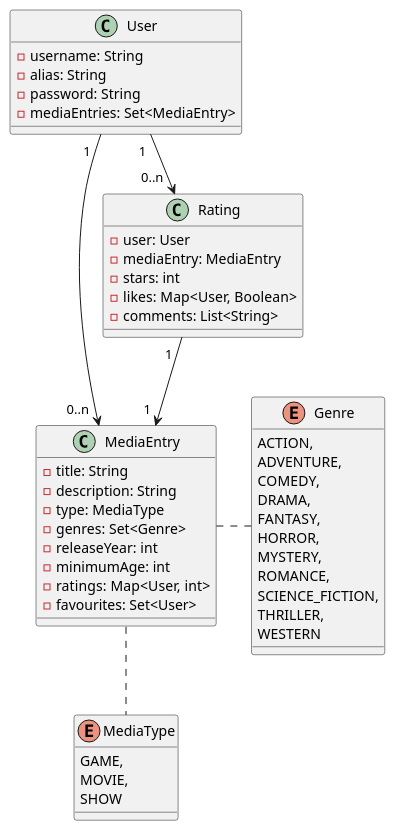
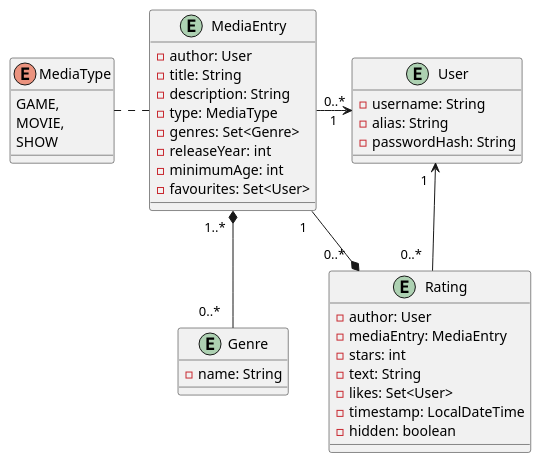
One commit to ferrolox/MRP-MediaRatingsPlatform changed the diagram in src/main/plantuml/Structure.puml. Above: the diagram before and after it, drawn with PlantUML.

Commit message:
Update of Structure Diagram according to specifications.

```diff
--- a/src/main/plantuml/Structure.puml
+++ b/src/main/plantuml/Structure.puml
@@ -1,55 +1,46 @@
 @startuml
 'https://plantuml.com/class-diagram
 
-class User {
-- username: String
-- alias: String
-- password: String
-- mediaEntries: Set<MediaEntry>
+entity User {
+  - username: String
+  - alias: String
+  - passwordHash: String
 }
 
-class Rating {
-- user: User
-- mediaEntry: MediaEntry
-- stars: int
-- likes: Map<User, Boolean>
-- comments: List<String>
+entity Rating {
+  - author: User
+  - mediaEntry: MediaEntry
+  - stars: int
+  - text: String
+  - likes: Set<User>
+  - timestamp: LocalDateTime
+  - hidden: boolean
 }
 
-class MediaEntry {
-- title: String
-- description: String
-- type: MediaType
-- genres: Set<Genre>
-- releaseYear: int
-- minimumAge: int
-- ratings: Map<User, int>
-- favourites: Set<User>
+entity MediaEntry {
+  - author: User
+  - title: String
+  - description: String
+  - type: MediaType
+  - genres: Set<Genre>
+  - releaseYear: int
+  - minimumAge: int
+  - favourites: Set<User>
+}
+
+entity Genre {
+  - name: String
 }
 
 enum MediaType {
-GAME,
-MOVIE,
-SHOW
+  GAME,
+  MOVIE,
+  SHOW
 }
 
-enum Genre {
-ACTION,
-ADVENTURE,
-COMEDY,
-DRAMA,
-FANTASY,
-HORROR,
-MYSTERY,
-ROMANCE,
-SCIENCE_FICTION,
-THRILLER,
-WESTERN
-}
-
-User "1  "-->"0..n  "MediaEntry
-User "1  "-->"0..n  "Rating
-Rating "1  "-->"1  "MediaEntry
-MediaEntry .. MediaType
-MediaEntry .right. Genre
+User "1  "<-left-"0..*   " MediaEntry
+User "1  "<--"0..*   " Rating
+Rating "0..*  "*-left-"1   " MediaEntry
+MediaEntry .left. MediaType
+MediaEntry "1..*  "*-down-"0..*   " Genre
 @enduml
```
